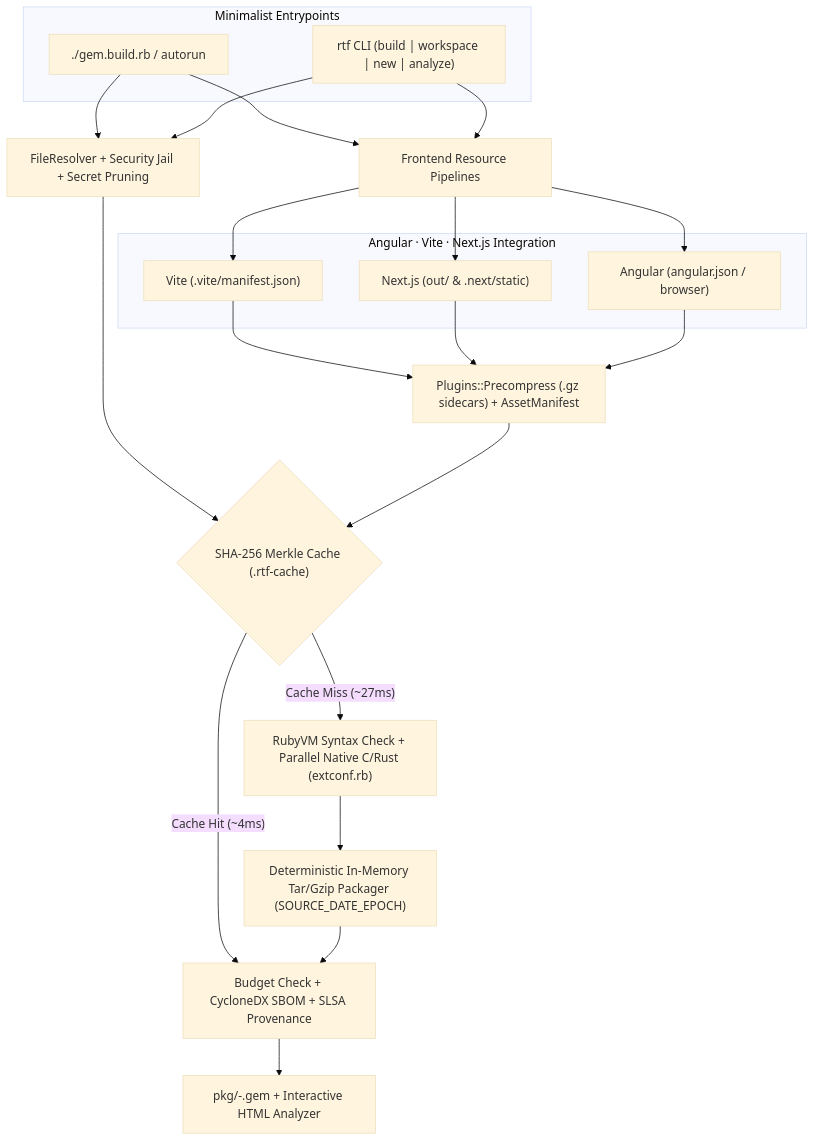
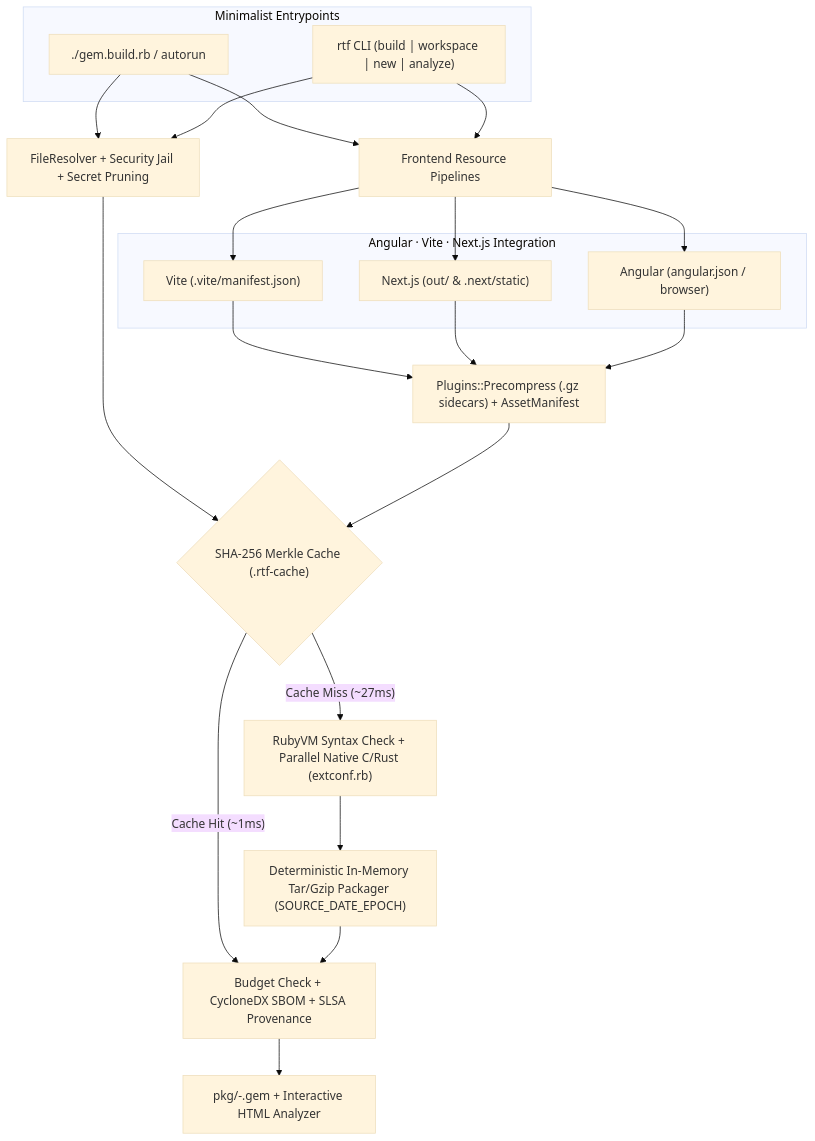
Before and after one commit to HNMLabs/rubytofaster: the first of 2 diagrams in README.md, drawn with Mermaid (base theme). The commit also changed other lines of this file and 28 other files, not shown here.

````diff
--- a/README.md
+++ b/README.md
@@ -45,26 +53,26 @@
 ```mermaid
 flowchart TB
     subgraph Input["Minimalist Entrypoints"]
         Script["./gem.build.rb / autorun"]
         CLI["rtf CLI (build | workspace | new | analyze)"]
     end
 
     Script & CLI --> Resolver["FileResolver + Security Jail + Secret Pruning"]
     Script & CLI --> Adapters["Frontend Resource Pipelines"]
 
     subgraph Frontend["Angular · Vite · Next.js Integration"]
         Vite["Vite (.vite/manifest.json)"]
         Next["Next.js (out/ & .next/static)"]
         Angular["Angular (angular.json / browser)"]
     end
 
     Adapters --> Vite & Next & Angular
     Vite & Next & Angular --> Precompress["Plugins::Precompress (.gz sidecars) + AssetManifest"]
 
     Resolver & Precompress --> Cache{"SHA-256 Merkle Cache (.rtf-cache)"}
-    Cache -- "Cache Hit (~4ms)" --> Attest["Budget Check + CycloneDX SBOM + SLSA Provenance"]
+    Cache -- "Cache Hit (~1ms)" --> Attest["Budget Check + CycloneDX SBOM + SLSA Provenance"]
     Cache -- "Cache Miss (~27ms)" --> Validate["RubyVM Syntax Check + Parallel Native C/Rust (extconf.rb)"]
     Validate --> Packager["Deterministic In-Memory Tar/Gzip Packager (SOURCE_DATE_EPOCH)"]
     Packager --> Attest
     Attest --> GemOut["pkg/<name>-<version>.gem + Interactive HTML Analyzer"]
 ```
````
